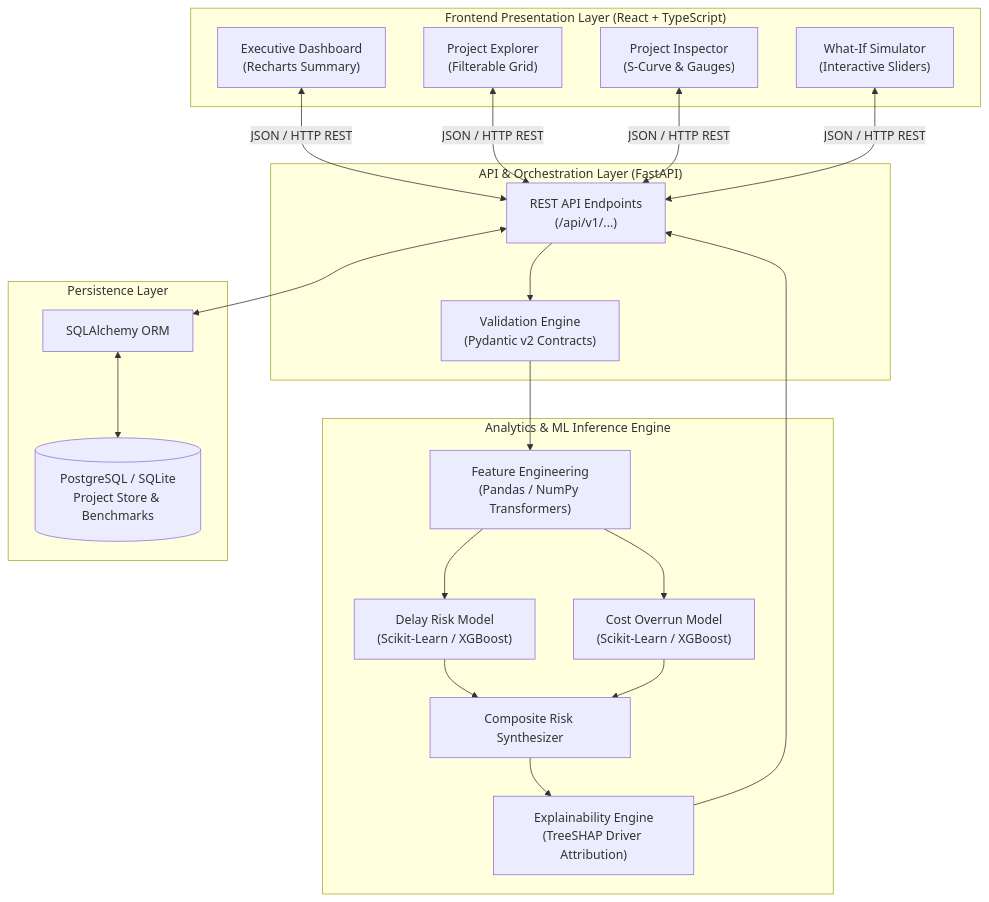
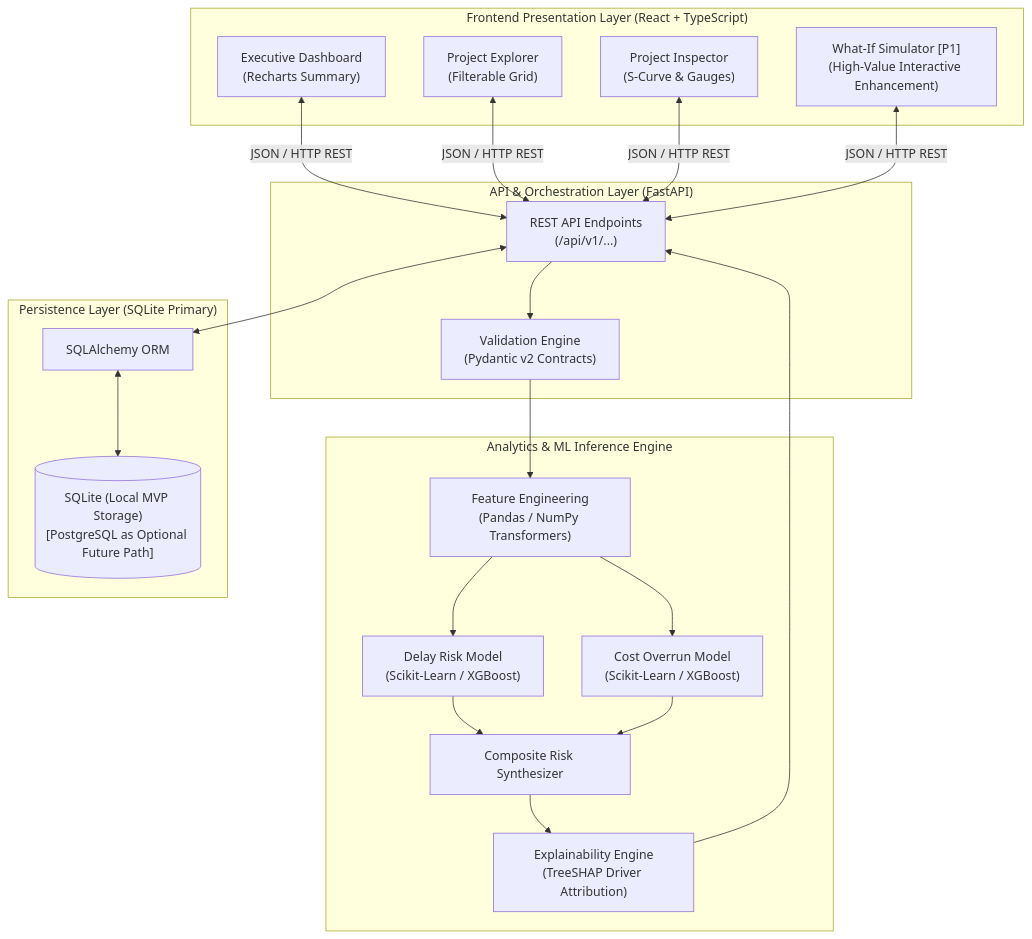
The diagram in ARCHITECTURE.md (Priyanka-Gholap/Infrastructure-Risk-Prediction), drawn with Mermaid before and after one commit. The commit also changed other lines of this file and 6 other files, not shown here.

````diff
--- a/ARCHITECTURE.md
+++ b/ARCHITECTURE.md
@@ -6,37 +6,37 @@
 ```mermaid
 graph TB
     subgraph Client ["Frontend Presentation Layer (React + TypeScript)"]
         UI_Dash["Executive Dashboard<br/>(Recharts Summary)"]
         UI_Table["Project Explorer<br/>(Filterable Grid)"]
         UI_Detail["Project Inspector<br/>(S-Curve & Gauges)"]
-        UI_Sim["What-If Simulator<br/>(Interactive Sliders)"]
+        UI_Sim["What-If Simulator [P1]<br/>(High-Value Interactive Enhancement)"]
     end
 
     subgraph Gateway ["API & Orchestration Layer (FastAPI)"]
         API_Router["REST API Endpoints<br/>(/api/v1/...)"]
         Val_Engine["Validation Engine<br/>(Pydantic v2 Contracts)"]
     end
 
     subgraph Analytics ["Analytics & ML Inference Engine"]
         FE_Pipeline["Feature Engineering<br/>(Pandas / NumPy Transformers)"]
         Model_Delay["Delay Risk Model<br/>(Scikit-Learn / XGBoost)"]
         Model_Cost["Cost Overrun Model<br/>(Scikit-Learn / XGBoost)"]
         Synth_Engine["Composite Risk Synthesizer"]
         XAI_Engine["Explainability Engine<br/>(TreeSHAP Driver Attribution)"]
     end
 
-    subgraph Storage ["Persistence Layer"]
+    subgraph Storage ["Persistence Layer (SQLite Primary)"]
         DB_ORM["SQLAlchemy ORM"]
-        DB_Storage[("PostgreSQL / SQLite<br/>Project Store & Benchmarks")]
+        DB_Storage[("SQLite (Local MVP Storage)<br/>[PostgreSQL as Optional Future Path]")]
     end
 
     UI_Dash & UI_Table & UI_Detail & UI_Sim <-->|JSON / HTTP REST| API_Router
     API_Router --> Val_Engine
     Val_Engine --> FE_Pipeline
     FE_Pipeline --> Model_Delay & Model_Cost
     Model_Delay & Model_Cost --> Synth_Engine
     Synth_Engine --> XAI_Engine
     XAI_Engine --> API_Router
     API_Router <--> DB_ORM
     DB_ORM <--> DB_Storage
 ```
````
